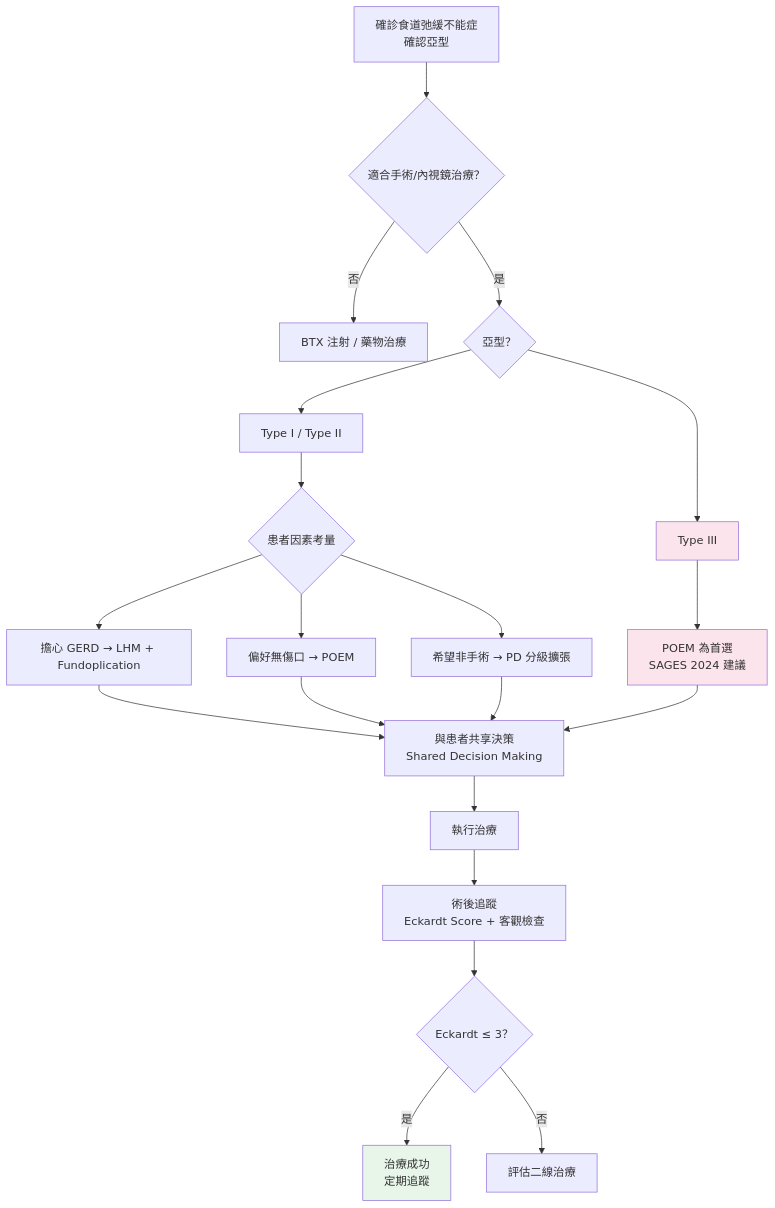
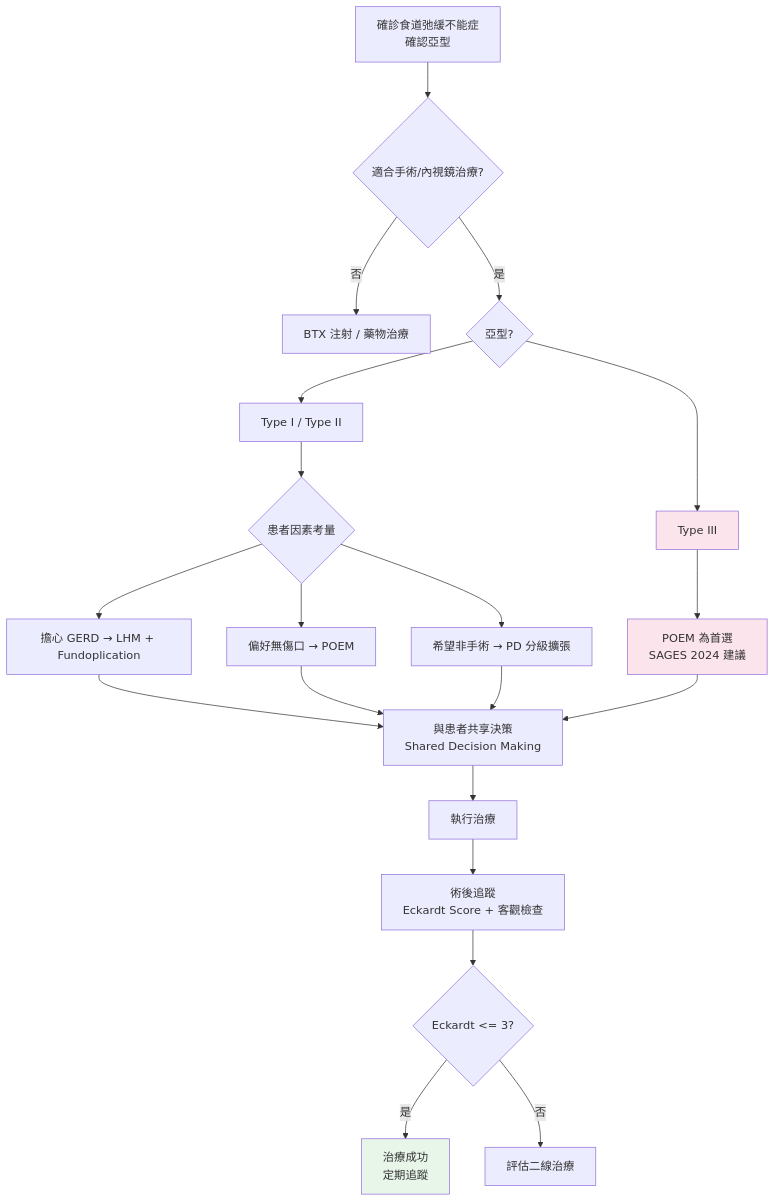
One commit to dontchangela-bit/esophageal-education changed the diagram in 食道弛緩不能症/進階版/02_POEM_vs_Heller手術比較.md. Above: the diagram before and after it, drawn with Mermaid. The commit also changed 59 other files, not shown here.

First line of the commit message:
Fix Mermaid v11.13 syntax errors across all esophageal files

````diff
--- a/食道弛緩不能症/進階版/02_POEM_vs_Heller手術比較.md
+++ b/食道弛緩不能症/進階版/02_POEM_vs_Heller手術比較.md
@@ -227,33 +227,34 @@
 ```mermaid
 flowchart TD
-    A[確診食道弛緩不能症<br/>確認亞型] --> B{適合手術/內視鏡治療？}
+    A[確診食道弛緩不能症<br/>確認亞型] --> B{適合手術/內視鏡治療?}
 
     B -- 否 --> C[BTX 注射 / 藥物治療]
-    B -- 是 --> D{亞型？}
+    B -- 是 --> D{亞型?}
 
     D --> E[Type I / Type II]
     D --> F[Type III]
 
     E --> G{患者因素考量}
+
     G --> G1[擔心 GERD → LHM + Fundoplication]
     G --> G2[偏好無傷口 → POEM]
     G --> G3[希望非手術 → PD 分級擴張]
 
     F --> H[POEM 為首選<br/>SAGES 2024 建議]
 
     G1 --> I[與患者共享決策<br/>Shared Decision Making]
     G2 --> I
     G3 --> I
     H --> I
 
     I --> J[執行治療]
     J --> K[術後追蹤<br/>Eckardt Score + 客觀檢查]
 
-    K --> L{Eckardt ≤ 3？}
+    K --> L{Eckardt <= 3?}
     L -- 是 --> M[治療成功<br/>定期追蹤]
     L -- 否 --> N[評估二線治療]
 
     style F fill:#FCE4EC
     style H fill:#FCE4EC
     style M fill:#E8F5E9
 ```
````
